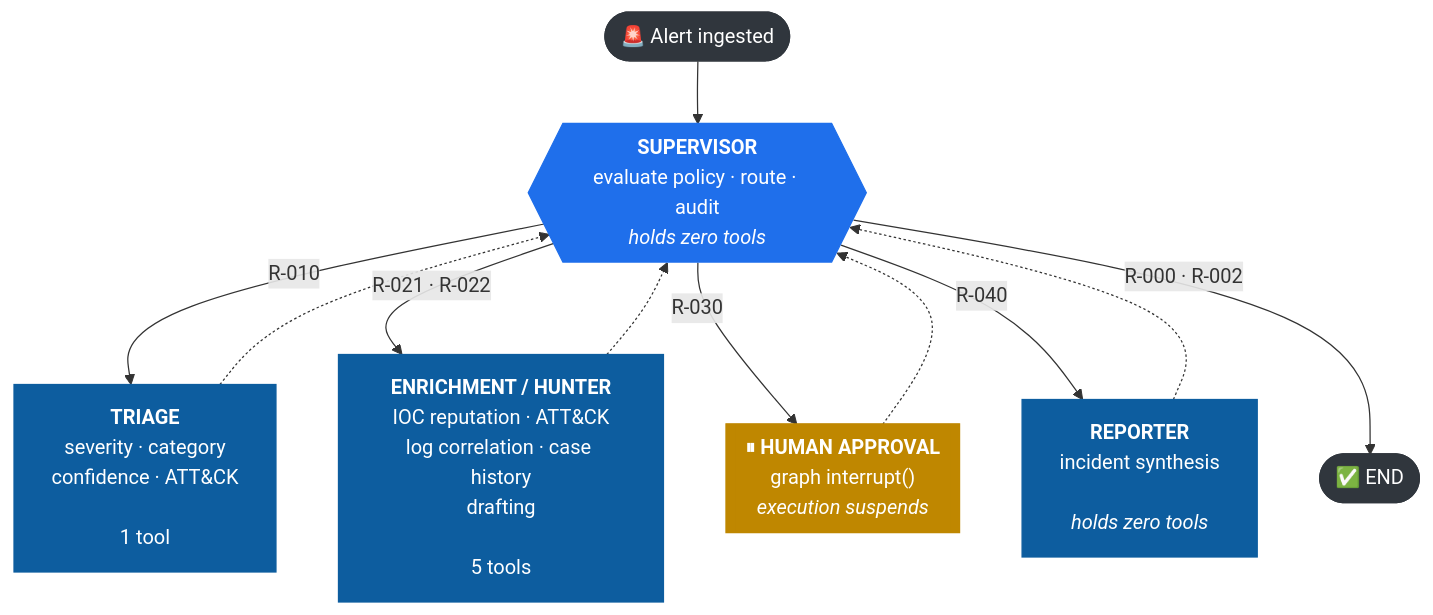
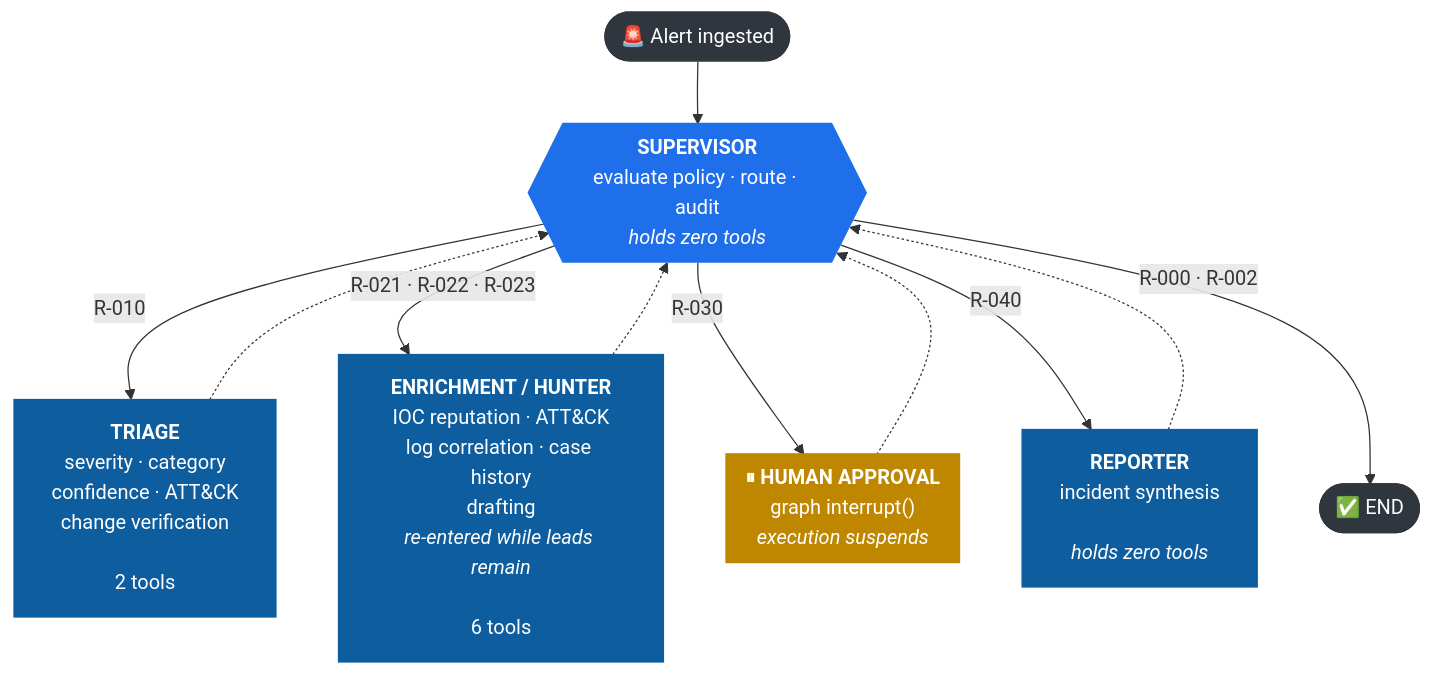
One commit to bbrookhart/secure-agentic-soc changed the second of 6 diagrams in README.md. Above: the diagram before and after it, drawn with Mermaid. The commit also changed other lines of this file and 45 other files, not shown here.

````diff
--- a/README.md
+++ b/README.md
@@ -102,26 +102,26 @@
 ```mermaid
 flowchart TB
     START(["🚨 Alert ingested"]) --> SUP
 
     SUP{{"<b>SUPERVISOR</b><br/>evaluate policy · route · audit<br/><i>holds zero tools</i>"}}
 
-    SUP -->|"R-010"| TRI["<b>TRIAGE</b><br/>severity · category<br/>confidence · ATT&CK<br/><br/>1 tool"]
-    SUP -->|"R-021 · R-022"| ENR["<b>ENRICHMENT / HUNTER</b><br/>IOC reputation · ATT&CK<br/>log correlation · case history<br/>drafting<br/><br/>5 tools"]
+    SUP -->|"R-010"| TRI["<b>TRIAGE</b><br/>severity · category<br/>confidence · ATT&CK<br/>change verification<br/><br/>2 tools"]
+    SUP -->|"R-021 · R-022 · R-023"| ENR["<b>ENRICHMENT / HUNTER</b><br/>IOC reputation · ATT&CK<br/>log correlation · case history<br/>drafting<br/><i>re-entered while leads remain</i><br/><br/>6 tools"]
     SUP -->|"R-030"| HIL[["<b>⏸ HUMAN APPROVAL</b><br/>graph interrupt()<br/><i>execution suspends</i>"]]
     SUP -->|"R-040"| REP["<b>REPORTER</b><br/>incident synthesis<br/><br/><i>holds zero tools</i>"]
     SUP -->|"R-000 · R-002"| FIN(["✅ END"])
 
     TRI -.-> SUP
     ENR -.-> SUP
     HIL -.-> SUP
     REP -.-> SUP
 
     classDef supervisor fill:#1F6FEB,stroke:#1F6FEB,color:#fff
     classDef agent fill:#0D5D9F,stroke:#0D5D9F,color:#fff
     classDef human fill:#BF8700,stroke:#BF8700,color:#fff
     classDef terminal fill:#30363D,stroke:#30363D,color:#fff
     class SUP supervisor
     class TRI,ENR,REP agent
     class HIL human
     class START,FIN terminal
 ```
````
